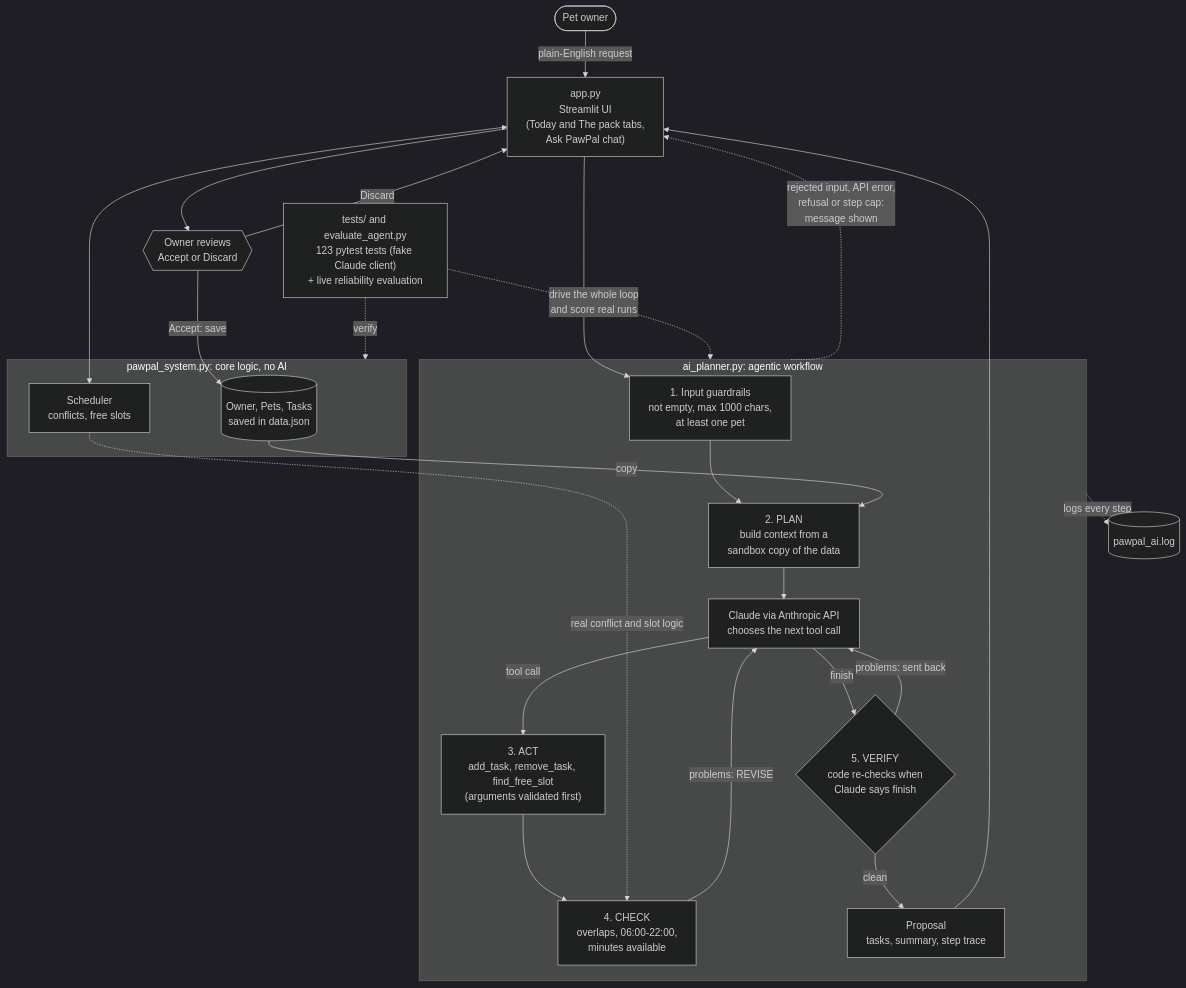
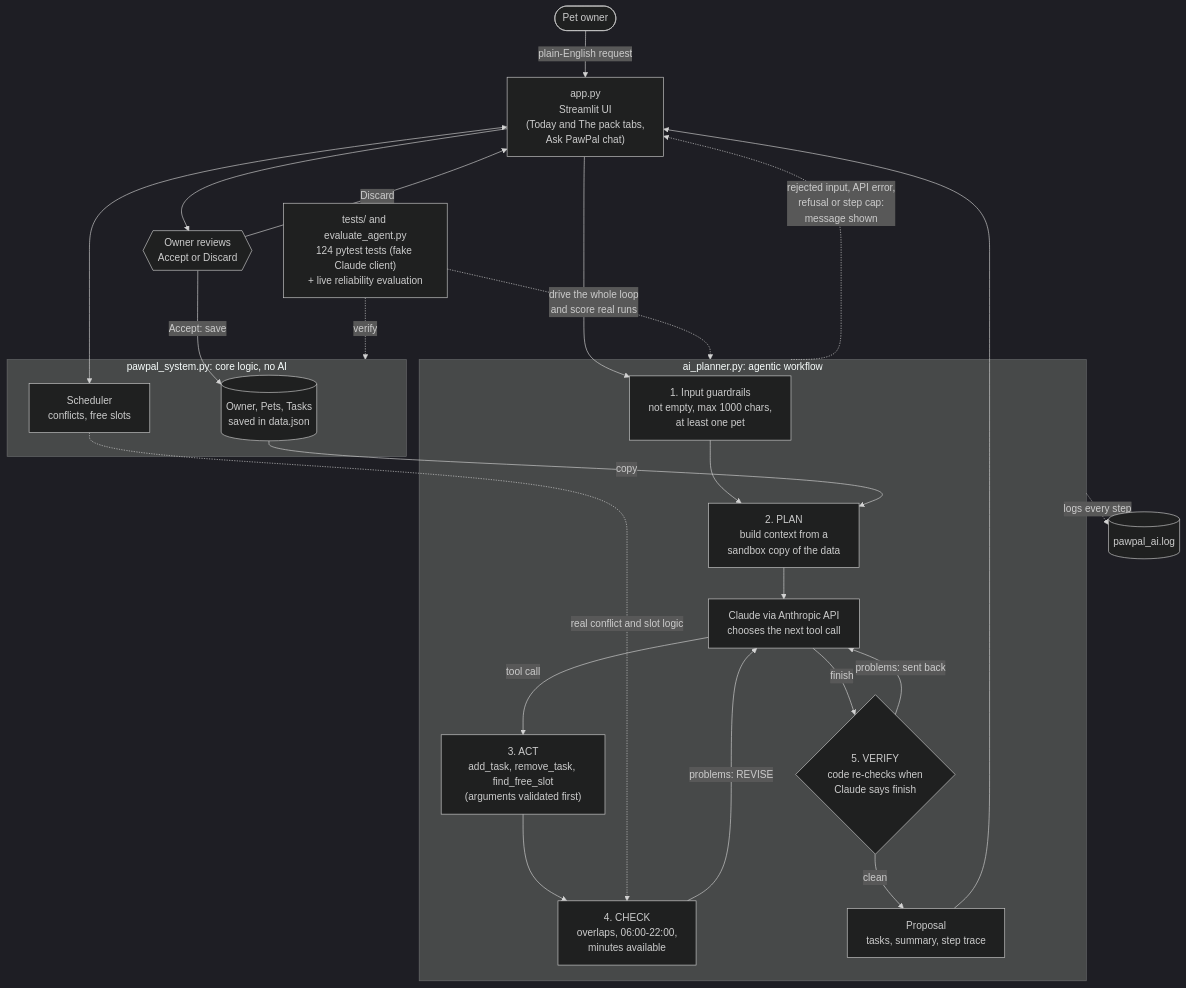
Before and after one commit to bior-m16/applied-ai-system-project: the diagram in diagrams/architecture.mmd, drawn with Mermaid (dark theme). The commit also changed 6 other files, not shown here.

```diff
--- a/diagrams/architecture.mmd
+++ b/diagrams/architecture.mmd
@@ -1,53 +1,53 @@
 flowchart TD
     %% PawPal+ architecture with the AI planning agent.
     %% Solid arrows = data flow. Dotted arrows = checking, logging and testing.
     %% The hexagon is the human decision point.
 
     User([Pet owner])
     App["app.py<br/>Streamlit UI<br/>(Today and The pack tabs,<br/>Ask PawPal chat)"]
 
     subgraph Core["pawpal_system.py: core logic, no AI"]
         Owner[("Owner, Pets, Tasks<br/>saved in data.json")]
         Scheduler["Scheduler<br/>conflicts, free slots"]
     end
 
     subgraph Agent["ai_planner.py: agentic workflow"]
         Input["1. Input guardrails<br/>not empty, max 1000 chars,<br/>at least one pet"]
         Context["2. PLAN<br/>build context from a<br/>sandbox copy of the data"]
         Claude["Claude via Anthropic API<br/>chooses the next tool call"]
         Tools["3. ACT<br/>add_task, remove_task, find_free_slot<br/>(arguments validated first)"]
         Check["4. CHECK<br/>overlaps, 06:00-22:00,<br/>minutes available"]
         Verify{"5. VERIFY<br/>code re-checks when<br/>Claude says finish"}
         Proposal["Proposal<br/>tasks, summary, step trace"]
     end
 
     Human{{"Owner reviews<br/>Accept or Discard"}}
     Log[("pawpal_ai.log")]
-    Tests["tests/ and evaluate_agent.py<br/>123 pytest tests (fake Claude client)<br/>+ live reliability evaluation"]
+    Tests["tests/ and evaluate_agent.py<br/>124 pytest tests (fake Claude client)<br/>+ live reliability evaluation"]
 
     %% Input -> process -> output
     User -->|"plain-English request"| App
     App --> Input
     Input --> Context
     Owner -->|"copy"| Context
     Context --> Claude
     Claude -->|"tool call"| Tools
     Tools --> Check
     Check -->|"problems: REVISE"| Claude
     Claude -->|"finish"| Verify
     Verify -->|"problems: sent back"| Claude
     Verify -->|"clean"| Proposal
     Proposal --> App
     App --> Human
     Human -->|"Accept: save"| Owner
     Human -->|"Discard"| App
 
     %% Normal app use and error paths
     App <--> Scheduler
     Scheduler -.->|"real conflict and slot logic"| Check
     Agent -.->|"rejected input, API error,<br/>refusal or step cap:<br/>message shown"| App
 
     %% Logging and testing
     Agent -.->|"logs every step"| Log
     Tests -.->|"verify"| Core
     Tests -.->|"drive the whole loop<br/>and score real runs"| Agent
```
